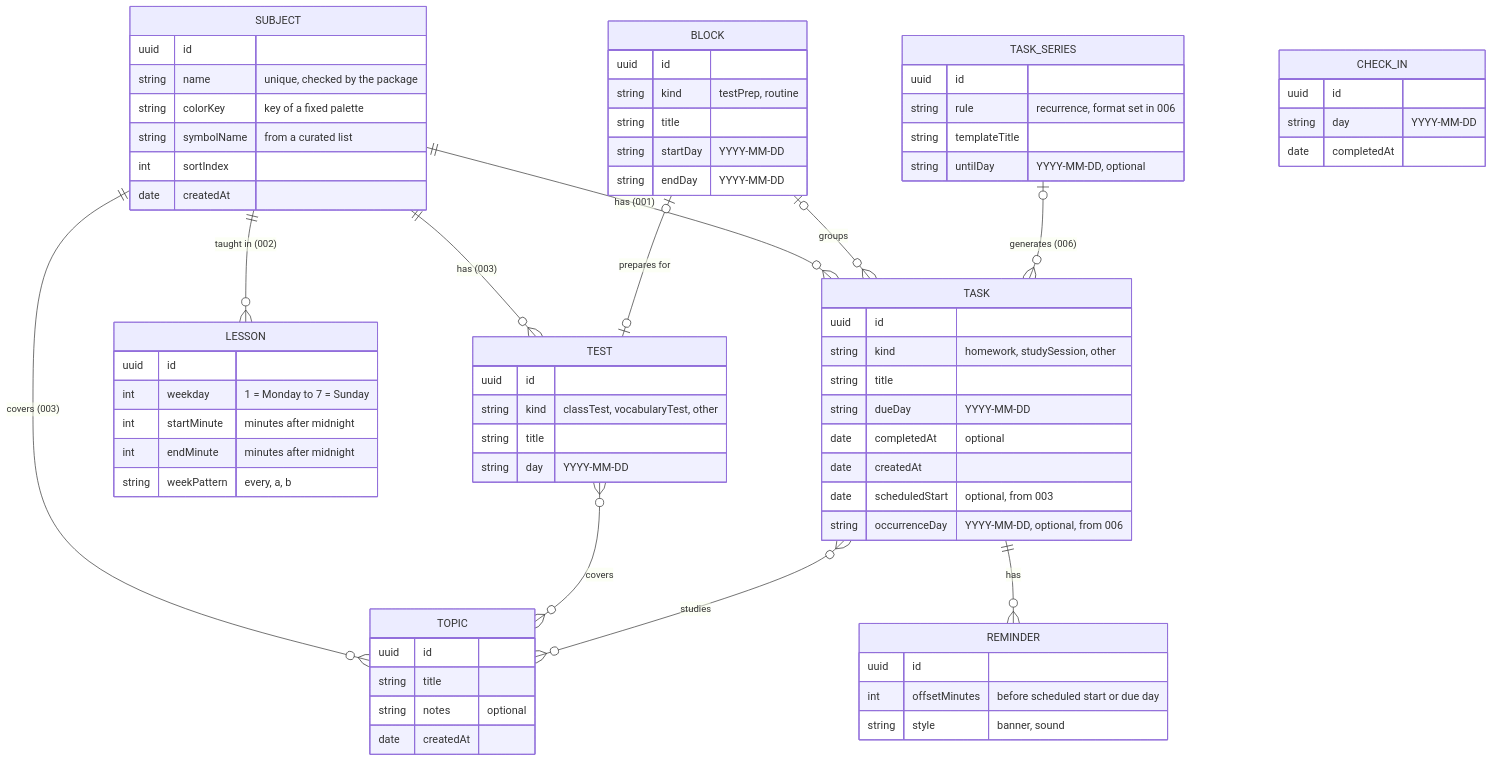
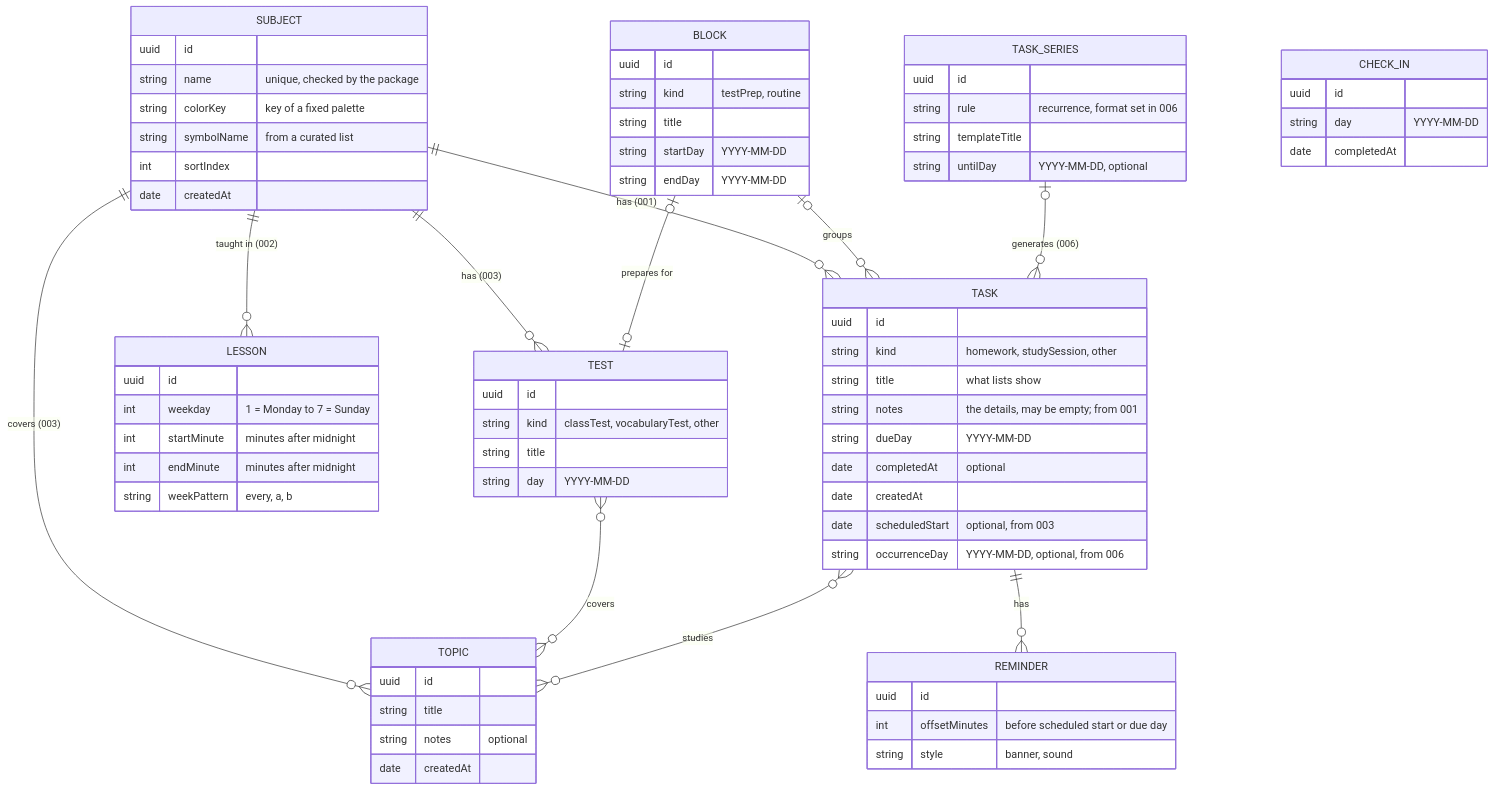
Before and after one commit to nicoschmidt/schulplaner: the diagram in docs/architecture.md, drawn with Mermaid. The commit also changed other lines of this file and 11 other files, not shown here.

````diff
--- a/docs/architecture.md
+++ b/docs/architecture.md
@@ -81,73 +81,74 @@
 ```mermaid
 erDiagram
   SUBJECT ||--o{ TASK : "has (001)"
   SUBJECT ||--o{ LESSON : "taught in (002)"
   SUBJECT ||--o{ TOPIC : "covers (003)"
   SUBJECT ||--o{ TEST : "has (003)"
   TEST }o--o{ TOPIC : covers
   BLOCK |o--o| TEST : "prepares for"
   BLOCK |o--o{ TASK : groups
   TASK }o--o{ TOPIC : studies
   TASK_SERIES |o--o{ TASK : "generates (006)"
   TASK ||--o{ REMINDER : has
   SUBJECT {
     uuid id
     string name "unique, checked by the package"
     string colorKey "key of a fixed palette"
     string symbolName "from a curated list"
     int sortIndex
     date createdAt
   }
   TASK {
     uuid id
     string kind "homework, studySession, other"
-    string title
+    string title "what lists show"
+    string notes "the details, may be empty; from 001"
     string dueDay "YYYY-MM-DD"
     date completedAt "optional"
     date createdAt
     date scheduledStart "optional, from 003"
     string occurrenceDay "YYYY-MM-DD, optional, from 006"
   }
   LESSON {
     uuid id
     int weekday "1 = Monday to 7 = Sunday"
     int startMinute "minutes after midnight"
     int endMinute "minutes after midnight"
     string weekPattern "every, a, b"
   }
   CHECK_IN {
     uuid id
     string day "YYYY-MM-DD"
     date completedAt
   }
   REMINDER {
     uuid id
     int offsetMinutes "before scheduled start or due day"
     string style "banner, sound"
   }
   TOPIC {
     uuid id
     string title
     string notes "optional"
     date createdAt
   }
   TEST {
     uuid id
     string kind "classTest, vocabularyTest, other"
     string title
     string day "YYYY-MM-DD"
   }
   BLOCK {
     uuid id
     string kind "testPrep, routine"
     string title
     string startDay "YYYY-MM-DD"
     string endDay "YYYY-MM-DD"
   }
   TASK_SERIES {
     uuid id
     string rule "recurrence, format set in 006"
     string templateTitle
     string untilDay "YYYY-MM-DD, optional"
   }
 ```
````
